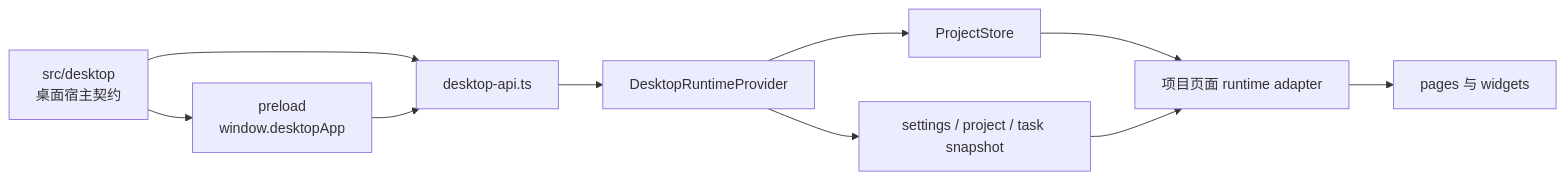
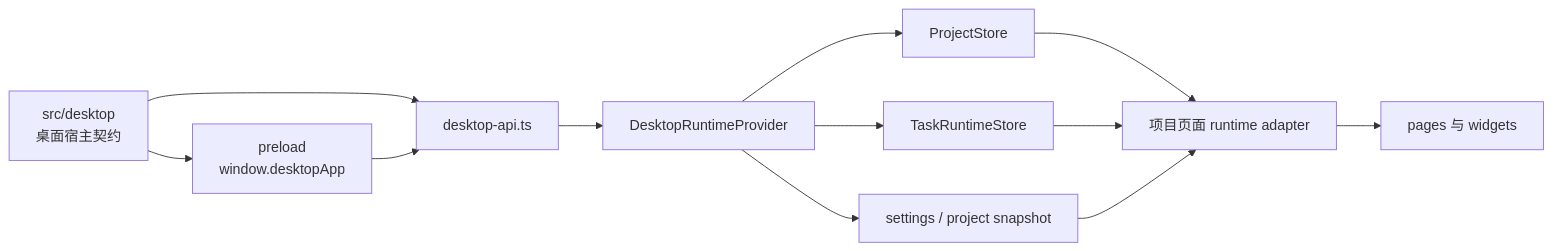
One commit to neavo/LinguaGacha changed the diagram in docs/FRONTEND.md. Above: the diagram before and after it, drawn with Mermaid. The commit also changed other lines of this file and 106 other files, not shown here.

````diff
--- a/docs/FRONTEND.md
+++ b/docs/FRONTEND.md
@@ -7,12 +7,14 @@
 ```mermaid
 flowchart LR
   X["src/desktop<br/>桌面宿主契约"] --> A["preload<br/>window.desktopApp"]
   X --> B["desktop-api.ts"]
   A --> B
   B --> C["DesktopRuntimeProvider"]
   C --> D["ProjectStore"]
-  C --> E["settings / project / task snapshot"]
+  C --> E["TaskRuntimeStore"]
+  C --> H["settings / project snapshot"]
   D --> F["项目页面 runtime adapter"]
   E --> F
+  H --> F
   F --> G["pages 与 widgets"]
 ```
````
